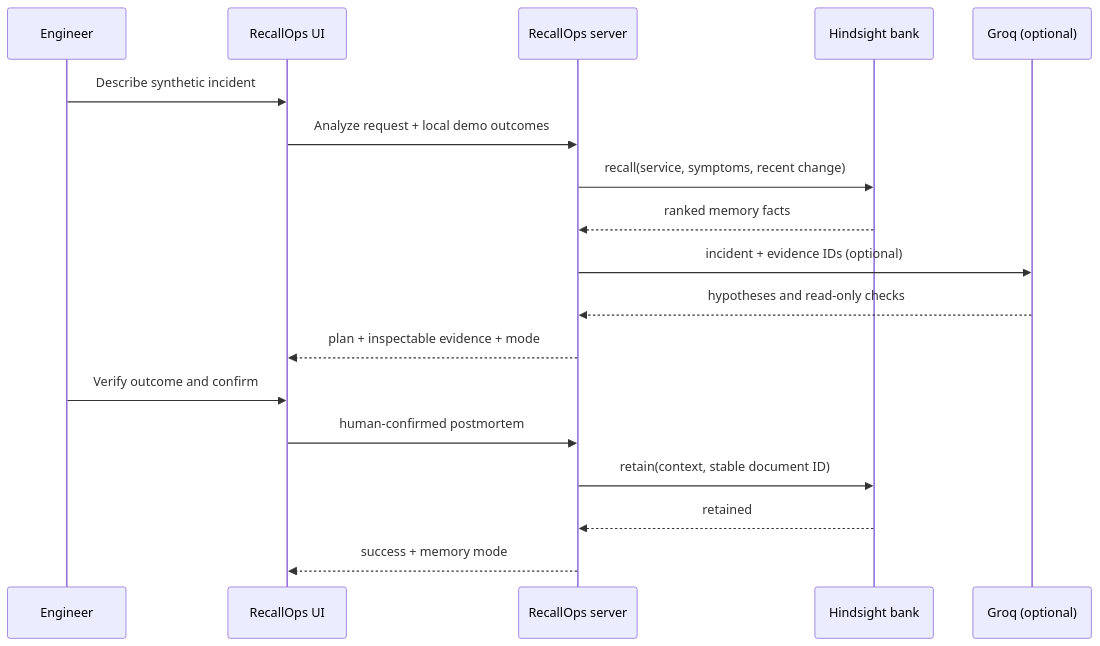
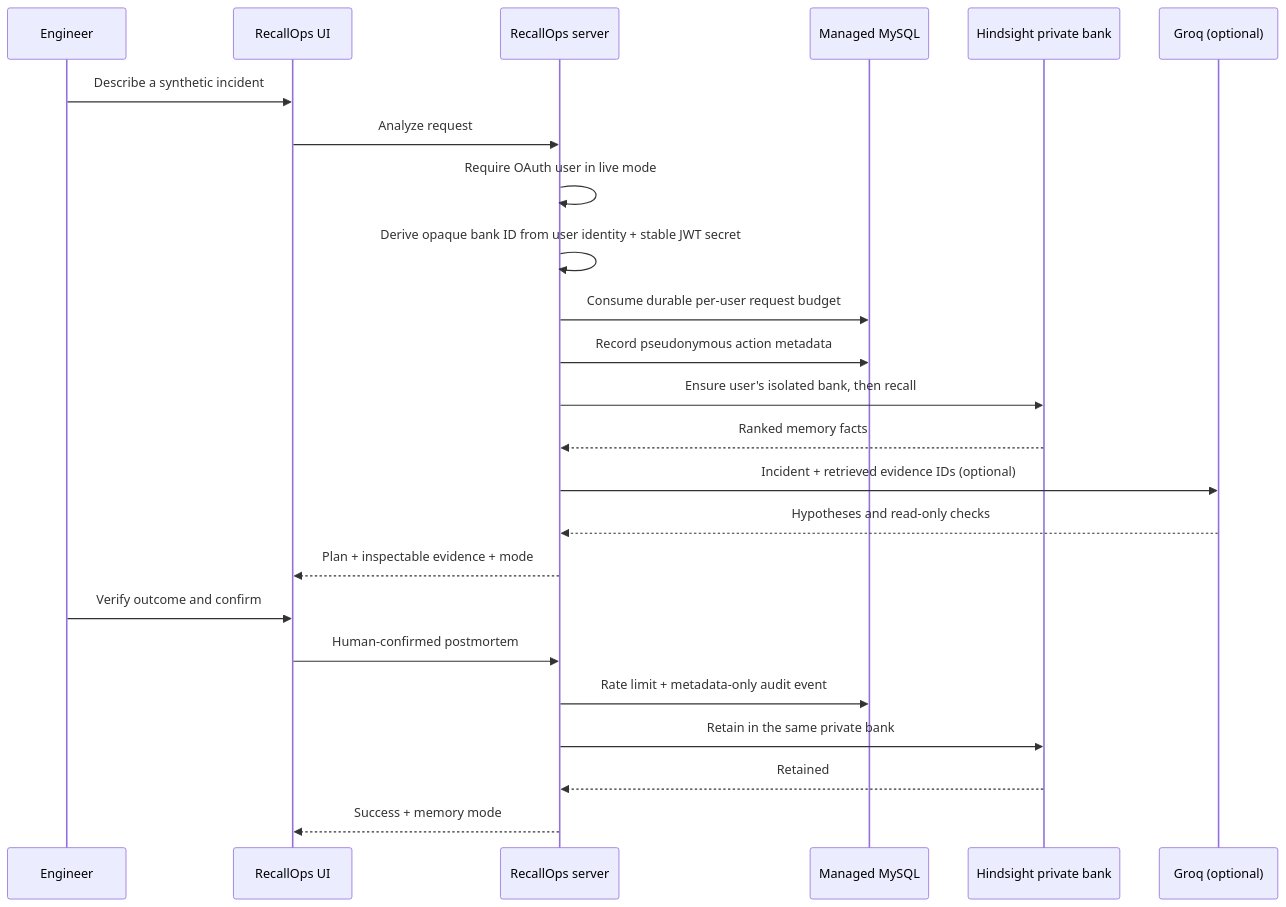
Before and after one commit to sungjenwoo/RecallOps-manus: the diagram in docs/ARCHITECTURE.md, drawn with Mermaid. The commit also changed other lines of this file and 15 other files, not shown here.

Commit message:
Add private memory isolation and durable controls

````diff
--- a/docs/ARCHITECTURE.md
+++ b/docs/ARCHITECTURE.md
@@ -5,20 +5,26 @@
 ```mermaid
 sequenceDiagram
   participant E as Engineer
   participant UI as RecallOps UI
   participant S as RecallOps server
-  participant H as Hindsight bank
+  participant D as Managed MySQL
+  participant H as Hindsight private bank
   participant G as Groq (optional)
-  E->>UI: Describe synthetic incident
-  UI->>S: Analyze request + local demo outcomes
-  S->>H: recall(service, symptoms, recent change)
-  H-->>S: ranked memory facts
-  S->>G: incident + evidence IDs (optional)
-  G-->>S: hypotheses and read-only checks
-  S-->>UI: plan + inspectable evidence + mode
+  E->>UI: Describe a synthetic incident
+  UI->>S: Analyze request
+  S->>S: Require OAuth user in live mode
+  S->>S: Derive opaque bank ID from user identity + stable JWT secret
+  S->>D: Consume durable per-user request budget
+  S->>D: Record pseudonymous action metadata
+  S->>H: Ensure user's isolated bank, then recall
+  H-->>S: Ranked memory facts
+  S->>G: Incident + retrieved evidence IDs (optional)
+  G-->>S: Hypotheses and read-only checks
+  S-->>UI: Plan + inspectable evidence + mode
   E->>UI: Verify outcome and confirm
-  UI->>S: human-confirmed postmortem
-  S->>H: retain(context, stable document ID)
-  H-->>S: retained
-  S-->>UI: success + memory mode
+  UI->>S: Human-confirmed postmortem
+  S->>D: Rate limit + metadata-only audit event
+  S->>H: Retain in the same private bank
+  H-->>S: Retained
+  S-->>UI: Success + memory mode
 ```
````
